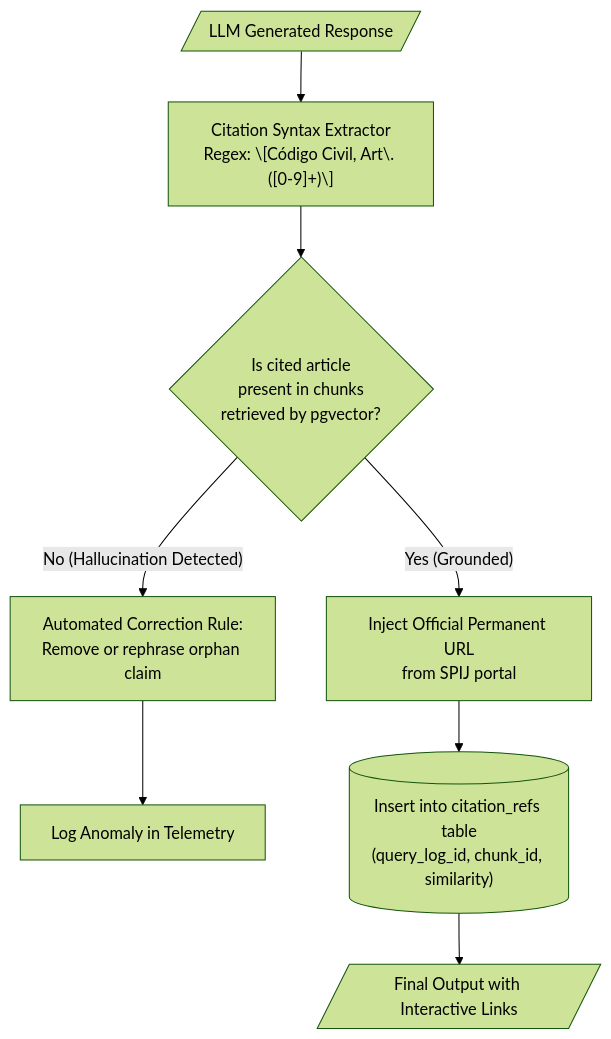
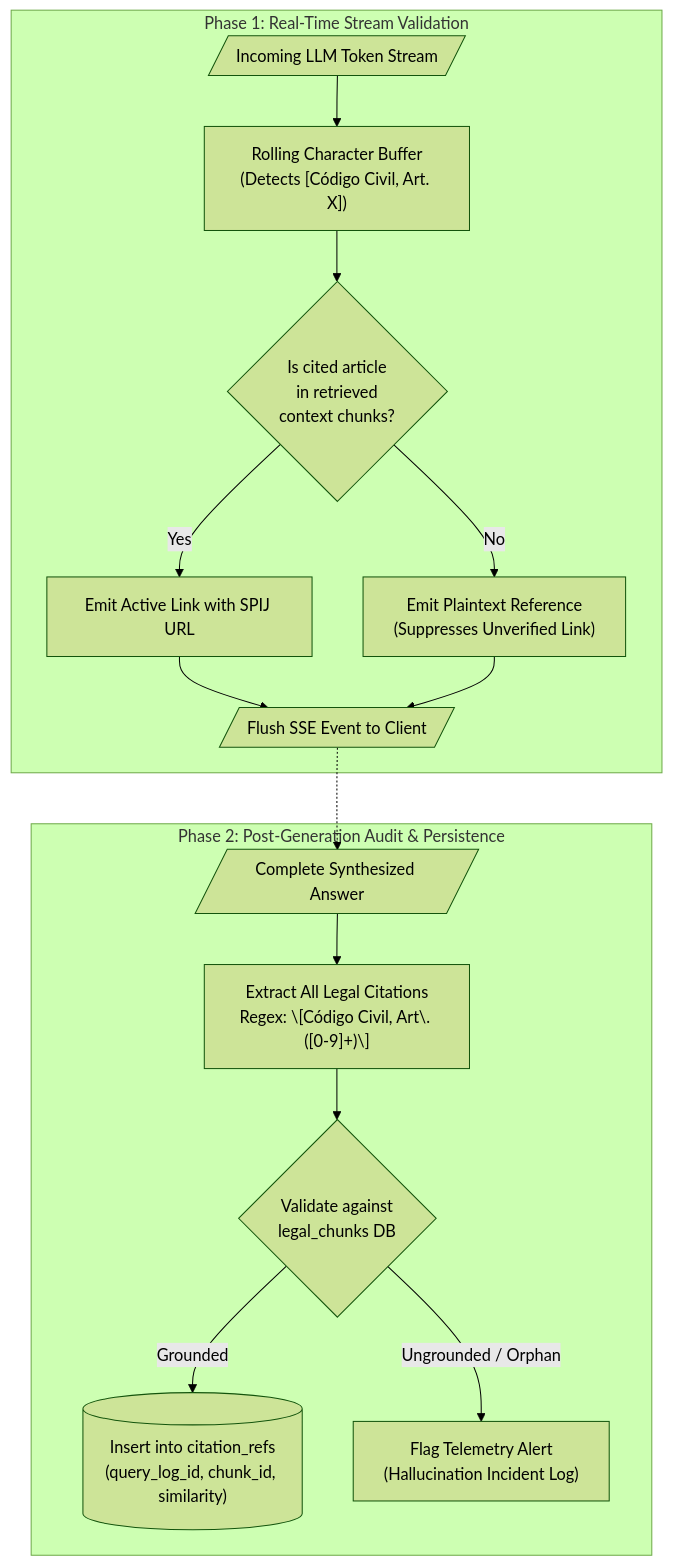
The diagram in docs/modules/citations.md (jorghee/inti-rag), drawn with Mermaid (forest theme) before and after one commit. The commit also changed other lines of this file and 6 other files, not shown here.

First line of the commit message:
docs(architecture): integrate hybrid search, RRF scoring, prompt guardrails, and mega-article safeguards

````diff
--- a/docs/modules/citations.md
+++ b/docs/modules/citations.md
@@ -31,12 +33,20 @@
 ```mermaid
 flowchart TD
-    GeneratedResponse[/"LLM Generated Response"/] --> ParseCitations["Citation Syntax Extractor\nRegex: \[Código Civil, Art\. ([0-9]+)\]"]
-    ParseCitations --> MatchChunks{"Is cited article\npresent in chunks\nretrieved by pgvector?"}
+    subgraph StreamingPhase["Phase 1: Real-Time Stream Validation"]
+        TokenStream[/"Incoming LLM Token Stream"/] --> RollingBuffer["Rolling Character Buffer\n(Detects [Código Civil, Art. X])"]
+        RollingBuffer --> InStreamCheck{"Is cited article\nin retrieved\ncontext chunks?"}
+        InStreamCheck -->|Yes| StreamLink["Emit Active Link with SPIJ URL"]
+        InStreamCheck -->|No| StreamWarning["Emit Plaintext Reference\n(Suppresses Unverified Link)"]
+        StreamLink --> SSEFlush[/"Flush SSE Event to Client"/]
+        StreamWarning --> SSEFlush
+    end
 
-    MatchChunks -->|"No (Hallucination Detected)"| RejectClaim["Automated Correction Rule:\nRemove or rephrase orphan claim"]
-    RejectClaim --> FlagAnomaly["Log Anomaly in Telemetry"]
-    
-    MatchChunks -->|"Yes (Grounded)"| InjectHyperlink["Inject Official Permanent URL\nfrom SPIJ portal"]
-    InjectHyperlink --> SaveCitationRef[("Insert into citation_refs table\n(query_log_id, chunk_id, similarity)")]
-    SaveCitationRef --> VerifiedOutput[/"Final Output with Interactive Links"/]
+    subgraph AuditPhase["Phase 2: Post-Generation Audit & Persistence"]
+        CompletedResponse[/"Complete Synthesized Answer"/] --> Extraction["Extract All Legal Citations\nRegex: \[Código Civil, Art\. ([0-9]+)\]"]
+        Extraction --> DBValidation{"Validate against\nlegal_chunks DB"}
+        DBValidation -->|Grounded| PersistCitation[("Insert into citation_refs\n(query_log_id, chunk_id, similarity)")]
+        DBValidation -->|Ungrounded / Orphan| LogAnomaly["Flag Telemetry Alert\n(Hallucination Incident Log)"]
+    end
+
+    SSEFlush -.-> CompletedResponse
 ```
````
